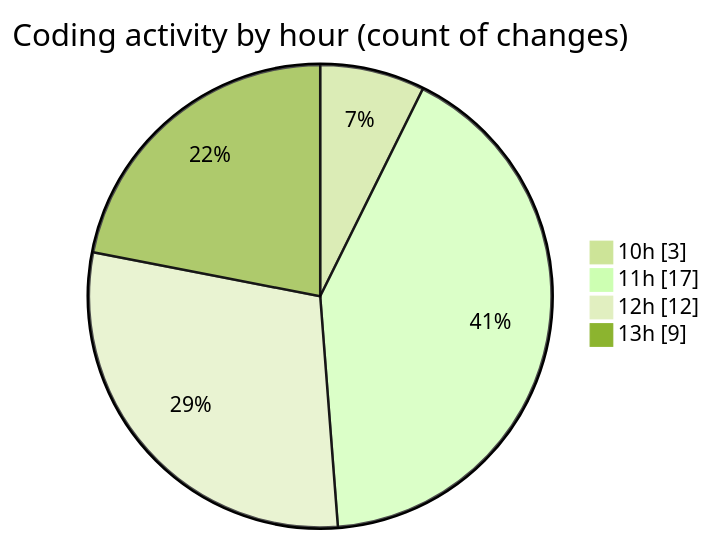
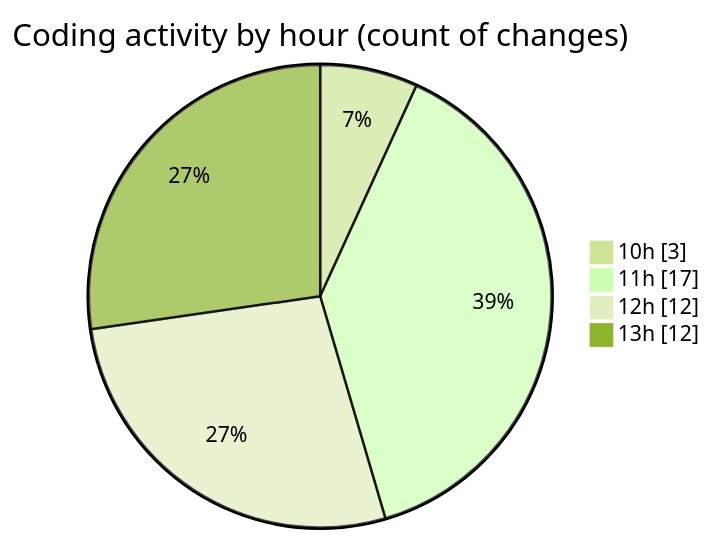
The second of 2 diagrams in 2025-09-19/nxtqube_webapp/README.md (nxtqubesakshisongat/code-tracking), drawn with Mermaid (forest theme) before and after one commit. The commit also changed other lines of this file and 1 other file, not shown here.

````diff
--- a/2025-09-19/nxtqube_webapp/README.md
+++ b/2025-09-19/nxtqube_webapp/README.md
@@ -32,8 +32,8 @@
 ```mermaid
 pie showData
 title Coding activity by hour (count of changes)
 "10h" : 3
 "11h" : 17
 "12h" : 12
-"13h" : 9
+"13h" : 12
 ```
````
